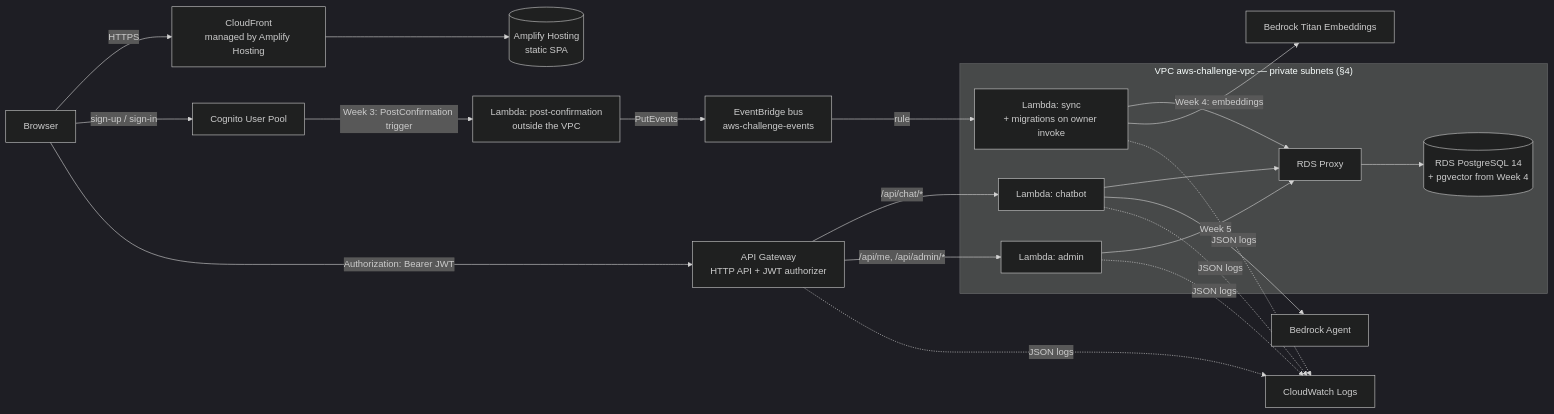
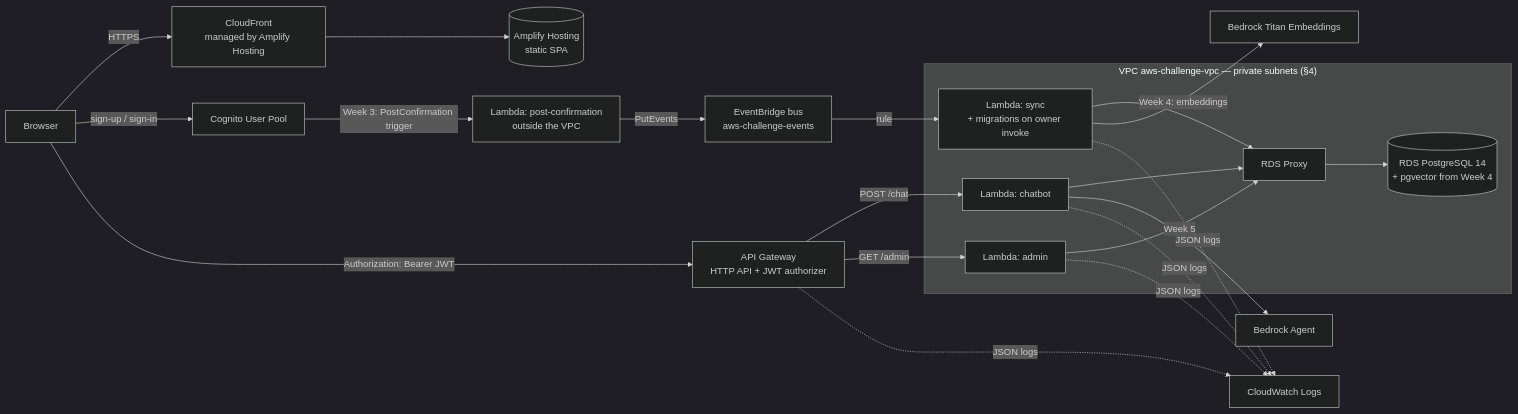
One commit to maxim-semenko/aws_challenge changed the diagram in docs/ARCHITECTURE.md. Above: the diagram before and after it, drawn with Mermaid (dark theme). The commit also changed other lines of this file and 19 other files, not shown here.

````diff
--- a/docs/ARCHITECTURE.md
+++ b/docs/ARCHITECTURE.md
@@ -76,28 +76,28 @@
 ```mermaid
 flowchart LR
     U[Browser] -->|HTTPS| CF[CloudFront<br/>managed by Amplify Hosting]
     CF --> S3[(Amplify Hosting<br/>static SPA)]
     U -->|sign-up / sign-in| COG[Cognito User Pool]
     COG -->|Week 3: PostConfirmation trigger| LP[Lambda: post-confirmation<br/>outside the VPC]
     LP -->|PutEvents| EB[EventBridge bus<br/>aws-challenge-events]
     EB -->|rule| LS
     U -->|"Authorization: Bearer JWT"| APIGW[API Gateway<br/>HTTP API + JWT authorizer]
 
     subgraph VPC["VPC aws-challenge-vpc — private subnets (§4)"]
         LC[Lambda: chatbot]
         LA[Lambda: admin]
         LS[Lambda: sync<br/>+ migrations on owner invoke]
         PX[RDS Proxy]
         DB[(RDS PostgreSQL 14<br/>+ pgvector from Week 4)]
     end
 
-    APIGW -->|/api/chat/*| LC
-    APIGW -->|/api/me, /api/admin/*| LA
+    APIGW -->|POST /chat| LC
+    APIGW -->|GET /admin| LA
     LC --> PX
     LA --> PX
     LS --> PX
     PX --> DB
     LC -->|Week 5| BRA[Bedrock Agent]
     LS -->|Week 4: embeddings| BR[Bedrock Titan Embeddings]
     LC & LA & LS & APIGW -.->|JSON logs| CW[CloudWatch Logs]
 ```
````
